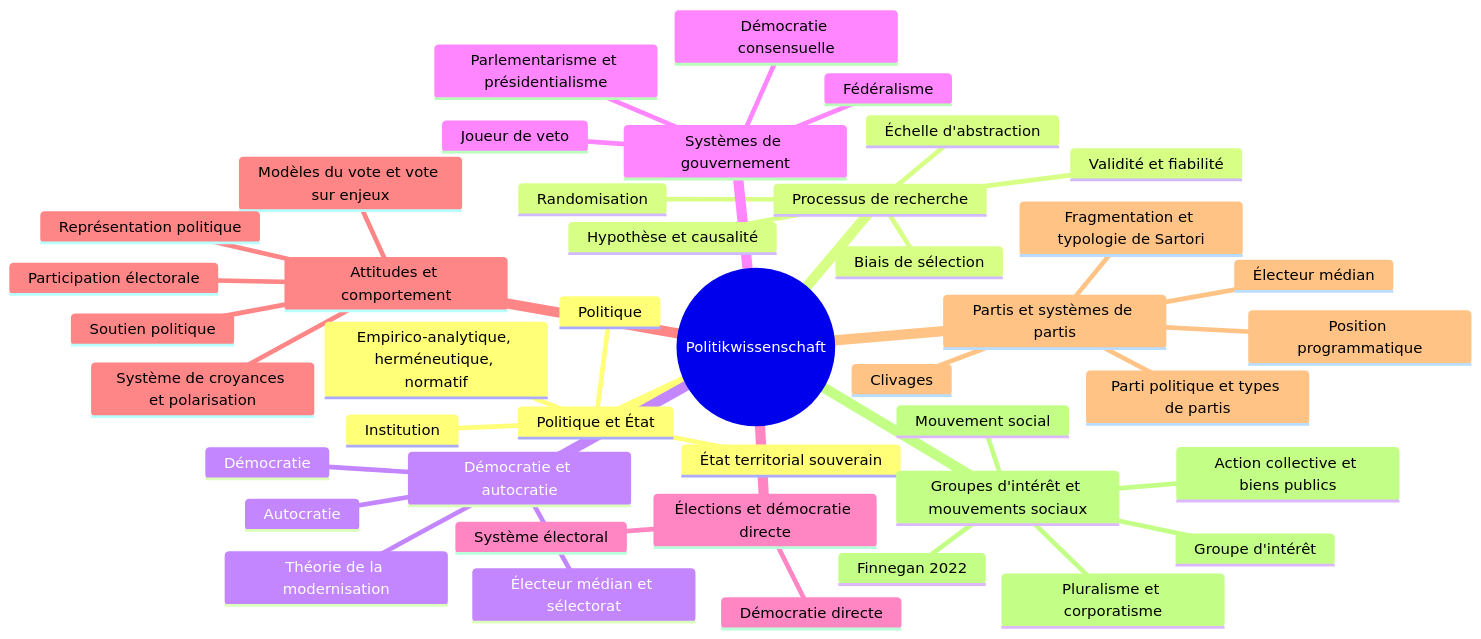
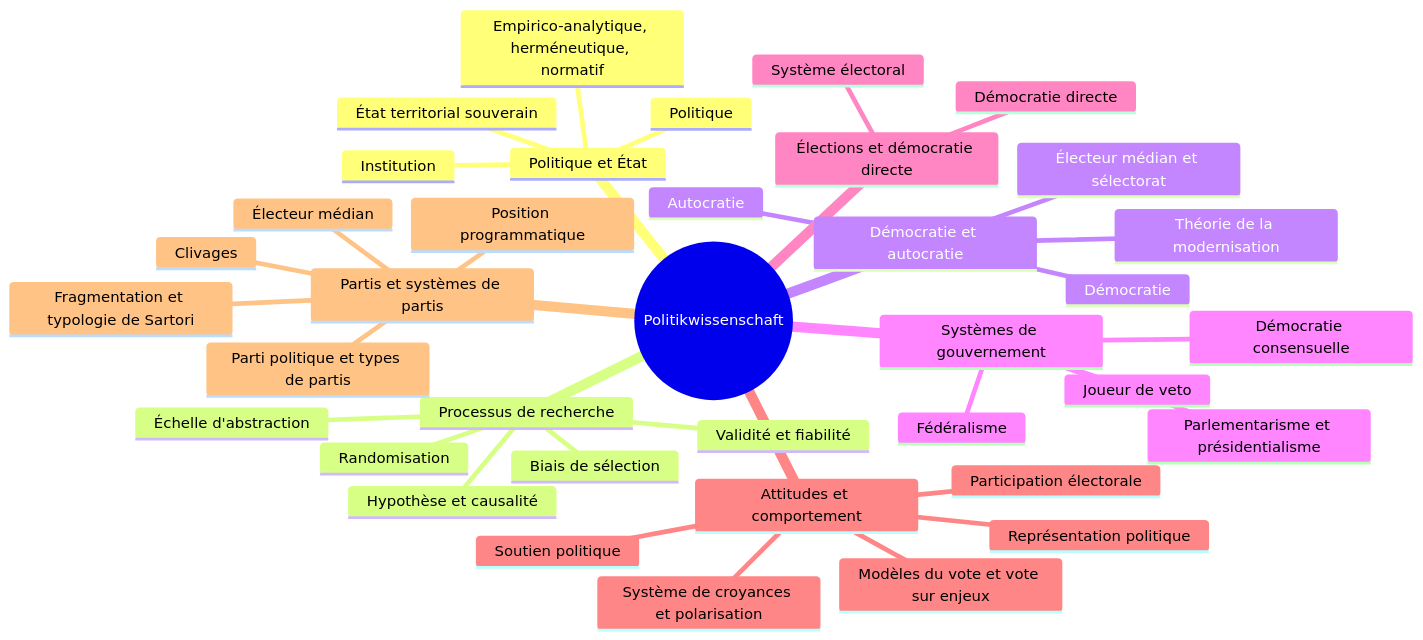
One commit to aidraxowl/NEXUS changed the diagram in NEXUS/09-Learning/Course-Maps/HS26 - Politikwissenschaft.md. Above: the diagram before and after it, drawn with Mermaid. The commit also changed other lines of this file and 67 other files, not shown here.

````diff
--- a/NEXUS/09-Learning/Course-Maps/HS26 - Politikwissenschaft.md
+++ b/NEXUS/09-Learning/Course-Maps/HS26 - Politikwissenschaft.md
@@ -24,46 +21,40 @@
 ```mermaid
 mindmap
   root((Politikwissenschaft))
     Politique et État
       Politique
       Institution
       État territorial souverain
       Empirico-analytique, herméneutique, normatif
     Processus de recherche
       Hypothèse et causalité
       Échelle d'abstraction
       Validité et fiabilité
       Randomisation
       Biais de sélection
     Démocratie et autocratie
       Démocratie
       Autocratie
       Électeur médian et sélectorat
       Théorie de la modernisation
     Systèmes de gouvernement
       Parlementarisme et présidentialisme
       Fédéralisme
       Démocratie consensuelle
       Joueur de veto
     Élections et démocratie directe
       Système électoral
       Démocratie directe
     Attitudes et comportement
       Soutien politique
       Système de croyances et polarisation
       Participation électorale
       Modèles du vote et vote sur enjeux
       Représentation politique
     Partis et systèmes de partis
       Parti politique et types de partis
       Position programmatique
       Électeur médian
       Fragmentation et typologie de Sartori
       Clivages
-    Groupes d'intérêt et mouvements sociaux
-      Action collective et biens publics
-      Groupe d'intérêt
-      Pluralisme et corporatisme
-      Mouvement social
-      Finnegan 2022
 ```
````
